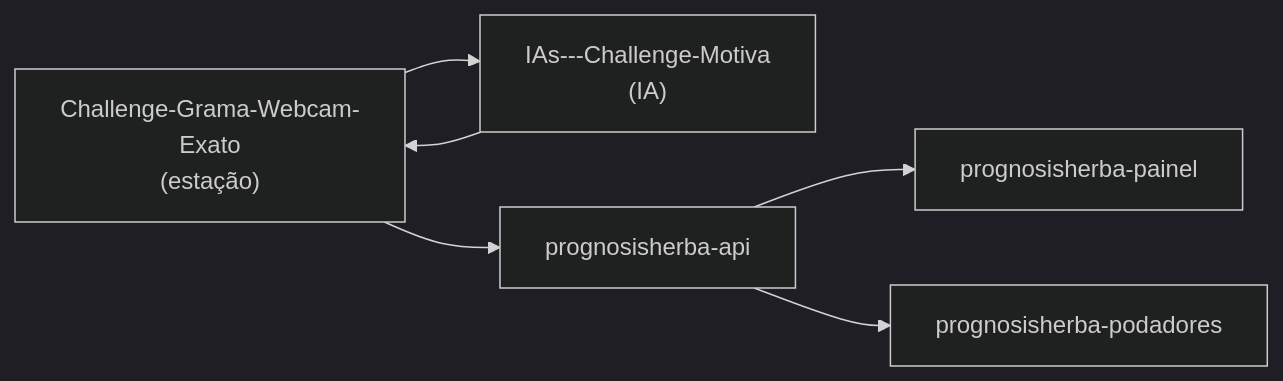
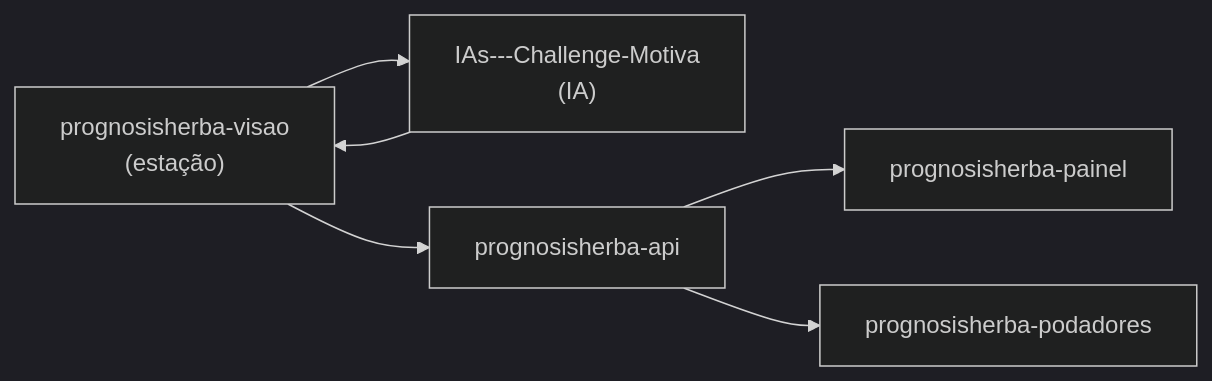
The diagram in 04-repositorios.md (Zinorblatant-cpu/prognosisherba-docs), drawn with Mermaid (dark theme) before and after one commit. The commit also changed other lines of this file and 4 other files, not shown here.

First line of the commit message:
docs: inclui o prognosisherba-visao (grade em cm e teorema de Pick)

````diff
--- a/04-repositorios.md
+++ b/04-repositorios.md
@@ -24,8 +29,8 @@
 ```mermaid
 flowchart LR
-    est["Challenge-Grama-Webcam-Exato<br/>(estação)"] --> ia["IAs---Challenge-Motiva<br/>(IA)"]
+    est["prognosisherba-visao<br/>(estação)"] --> ia["IAs---Challenge-Motiva<br/>(IA)"]
     ia --> est
     est --> api["prognosisherba-api"]
     api --> painel["prognosisherba-painel"]
     api --> pod["prognosisherba-podadores"]
 ```
````
